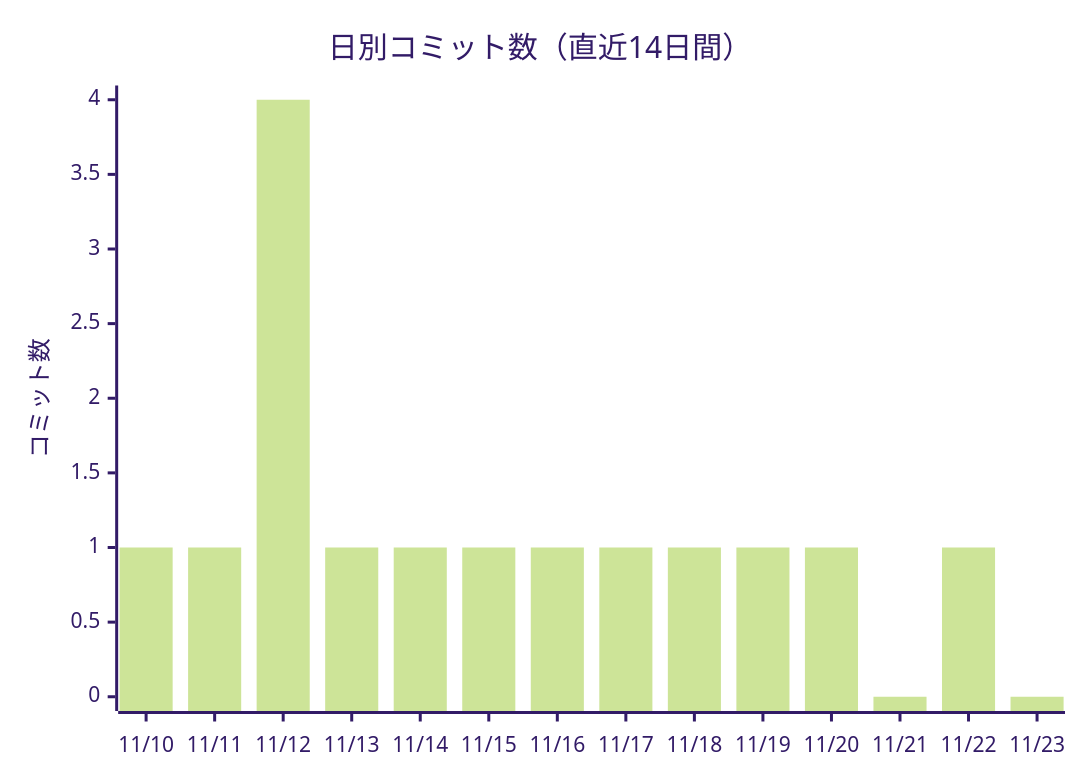
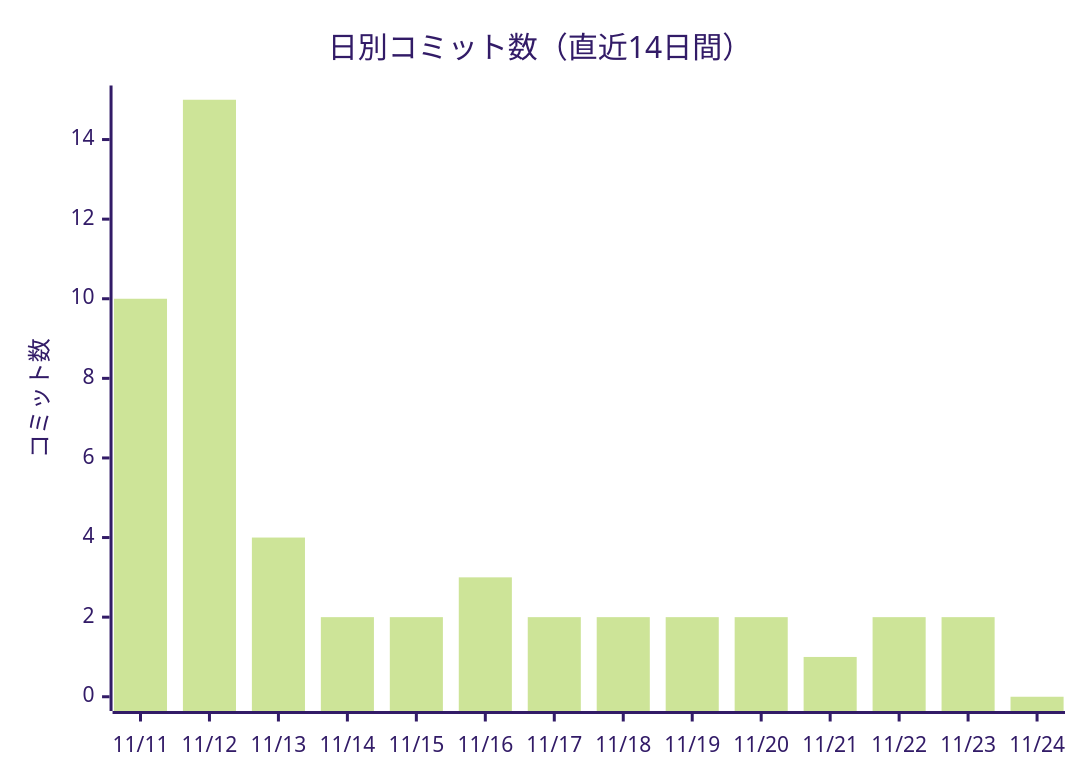
The first of 2 diagrams in docs/進化レポート.md (non-x2/non-x2), drawn with Mermaid (forest theme) before and after one commit. The commit also changed other lines of this file and 2 other files, not shown here.

````diff
--- a/docs/進化レポート.md
+++ b/docs/進化レポート.md
@@ -25,7 +25,7 @@
 ```mermaid
 xychart-beta
     title "日別コミット数（直近14日間）"
-    x-axis ["11/10", "11/11", "11/12", "11/13", "11/14", "11/15", "11/16", "11/17", "11/18", "11/19", "11/20", "11/21", "11/22", "11/23"]
+    x-axis ["11/11", "11/12", "11/13", "11/14", "11/15", "11/16", "11/17", "11/18", "11/19", "11/20", "11/21", "11/22", "11/23", "11/24"]
     y-axis "コミット数"
-    bar [1, 1, 4, 1, 1, 1, 1, 1, 1, 1, 1, 0, 1, 0]
+    bar [10, 15, 4, 2, 2, 3, 2, 2, 2, 2, 1, 2, 2, 0]
 ```
````
